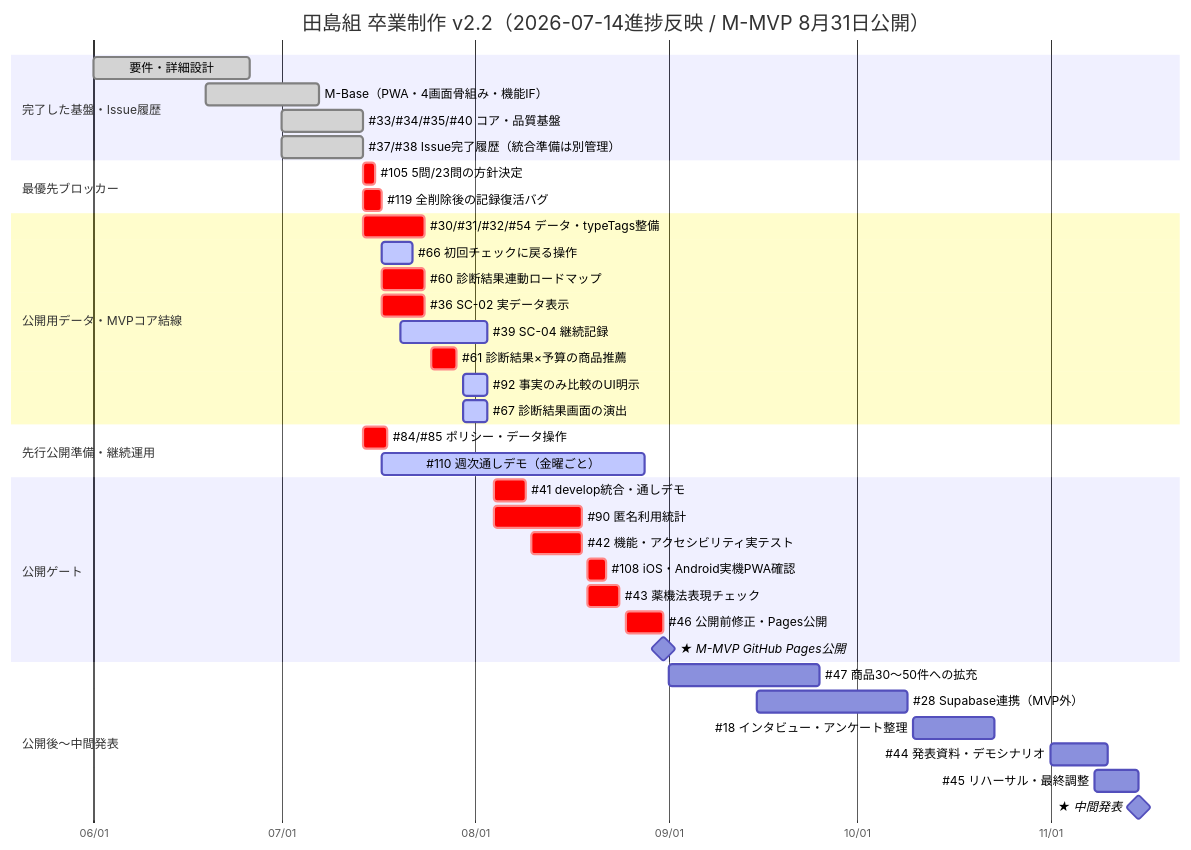
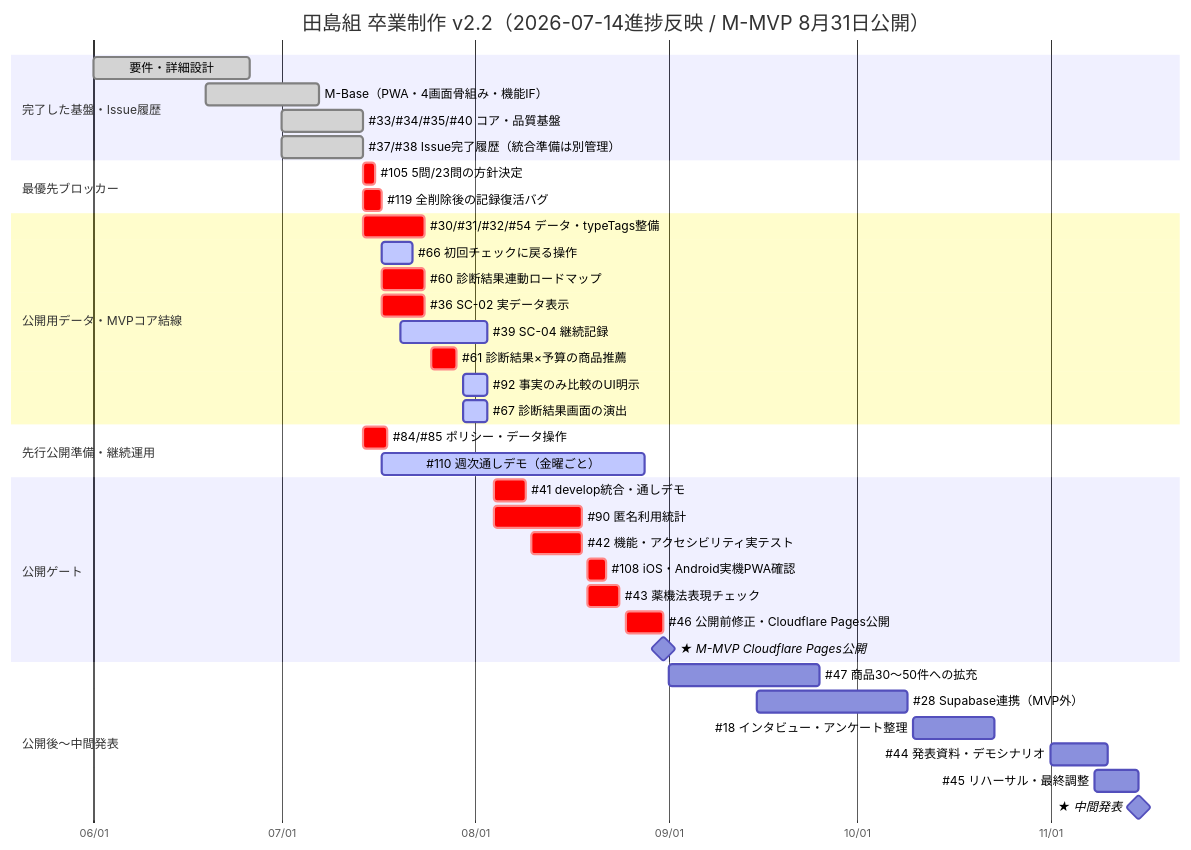
Before and after one commit to itiwoja/tazimagumi_dev_team: the second of 2 diagrams in docs/schedule/ガントチャート_v2.2.md, drawn with Mermaid. The commit also changed other lines of this file and 10 other files, not shown here.

````diff
--- a/docs/schedule/ガントチャート_v2.2.md
+++ b/docs/schedule/ガントチャート_v2.2.md
@@ -184,47 +184,47 @@
 ```mermaid
 gantt
     title 田島組 卒業制作 v2.2（2026-07-14進捗反映 / M-MVP 8月31日公開）
     dateFormat  YYYY-MM-DD
     axisFormat  %m/%d
 
     section 完了した基盤・Issue履歴
     要件・詳細設計                              :done, done_design, 2026-06-01, 2026-06-26
     M-Base（PWA・4画面骨組み・機能IF）          :done, done_base, 2026-06-19, 2026-07-07
     #33/#34/#35/#40 コア・品質基盤              :done, done_core, 2026-07-01, 2026-07-14
     #37/#38 Issue完了履歴（統合準備は別管理）    :done, done_issues, 2026-07-01, 2026-07-14
 
     section 最優先ブロッカー
     #105 5問/23問の方針決定                    :crit, decision, 2026-07-14, 2026-07-16
     #119 全削除後の記録復活バグ                 :crit, deletebug, 2026-07-14, 2026-07-17
 
     section 公開用データ・MVPコア結線
     #30/#31/#32/#54 データ・typeTags整備        :crit, products, 2026-07-14, 2026-07-24
     #66 初回チェックに戻る操作                  :active, backbutton, 2026-07-17, 2026-07-22
     #60 診断結果連動ロードマップ                :crit, roadmapwire, 2026-07-17, 2026-07-24
     #36 SC-02 実データ表示                      :crit, sc02, 2026-07-17, 2026-07-24
     #39 SC-04 継続記録                          :active, sc04, 2026-07-20, 2026-08-03
     #61 診断結果×予算の商品推薦                 :crit, recommendwire, 2026-07-25, 2026-07-29
     #92 事実のみ比較のUI明示                    :active, factsui, 2026-07-30, 2026-08-03
     #67 診断結果画面の演出                      :active, resultui, 2026-07-30, 2026-08-03
 
     section 先行公開準備・継続運用
     #84/#85 ポリシー・データ操作                :crit, privacydata, 2026-07-14, 2026-07-18
     #110 週次通しデモ（金曜ごと）               :active, weekly, 2026-07-17, 2026-08-28
 
     section 公開ゲート
     #41 develop統合・通しデモ                   :crit, integrate, 2026-08-04, 2026-08-09
     #90 匿名利用統計                            :crit, metrics, 2026-08-04, 2026-08-18
     #42 機能・アクセシビリティ実テスト          :crit, test, 2026-08-10, 2026-08-18
     #108 iOS・Android実機PWA確認                :crit, device, 2026-08-19, 2026-08-22
     #43 薬機法表現チェック                      :crit, compliance, 2026-08-19, 2026-08-24
-    #46 公開前修正・Pages公開                   :crit, release, 2026-08-25, 2026-08-31
-    ★ M-MVP GitHub Pages公開                    :milestone, mmvp, 2026-08-31, 0d
+    #46 公開前修正・Cloudflare Pages公開         :crit, release, 2026-08-25, 2026-08-31
+    ★ M-MVP Cloudflare Pages公開                :milestone, mmvp, 2026-08-31, 0d
 
     section 公開後〜中間発表
     #47 商品30〜50件への拡充                    :productsmore, 2026-09-01, 2026-09-25
     #28 Supabase連携（MVP外）                   :supabase, 2026-09-15, 2026-10-09
     #18 インタビュー・アンケート整理            :interview, 2026-10-10, 2026-10-23
     #44 発表資料・デモシナリオ                  :slides, 2026-11-01, 2026-11-10
     #45 リハーサル・最終調整                    :rehearsal, 2026-11-08, 2026-11-15
     ★ 中間発表                                  :milestone, interim, 2026-11-15, 0d
 ```
````
